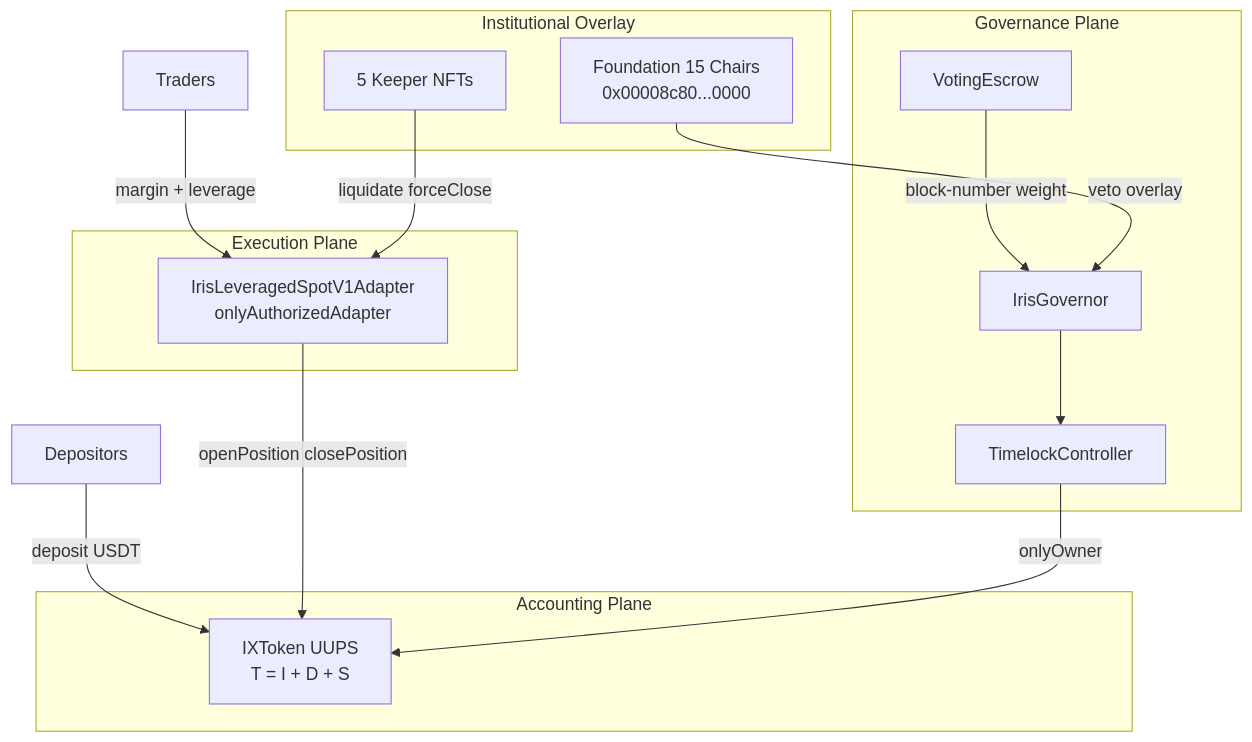
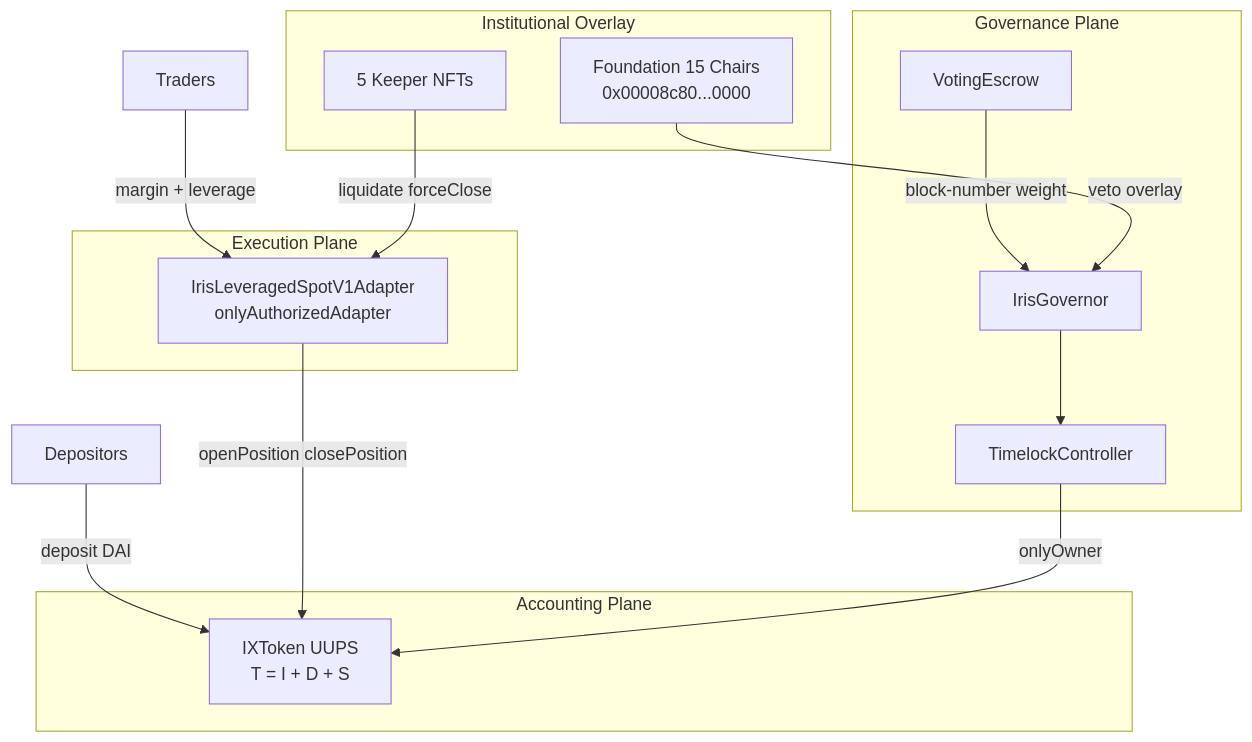
Before and after one commit to irislab-net/iris-docs: the first of 3 diagrams in gitbook/whitepaper/01-abstract.md, drawn with Mermaid. The commit also changed other lines of this file and 26 other files, not shown here.

````diff
--- a/gitbook/whitepaper/01-abstract.md
+++ b/gitbook/whitepaper/01-abstract.md
@@ -32,27 +32,27 @@
 ```mermaid
 flowchart TB
   subgraph accounting [Accounting Plane]
     IXToken["IXToken UUPS<br/>T = I + D + S"]
   end
   subgraph execution [Execution Plane]
     Adapter["IrisLeveragedSpotV1Adapter<br/>onlyAuthorizedAdapter"]
   end
   subgraph governance [Governance Plane]
     VE[VotingEscrow]
     Gov[IrisGovernor]
     TL[TimelockController]
   end
   subgraph overlay [Institutional Overlay]
     Found["Foundation 15 Chairs<br/>0x00008c80...0000"]
     Keep[5 Keeper NFTs]
   end
 
-  Depositors -->|deposit USDT| IXToken
+  Depositors -->|deposit DAI| IXToken
   Traders -->|margin + leverage| Adapter
   Adapter -->|openPosition closePosition| IXToken
   VE -->|block-number weight| Gov
   Gov --> TL
   TL -->|onlyOwner| IXToken
   Found -->|veto overlay| Gov
   Keep -->|liquidate forceClose| Adapter
 ```
````
